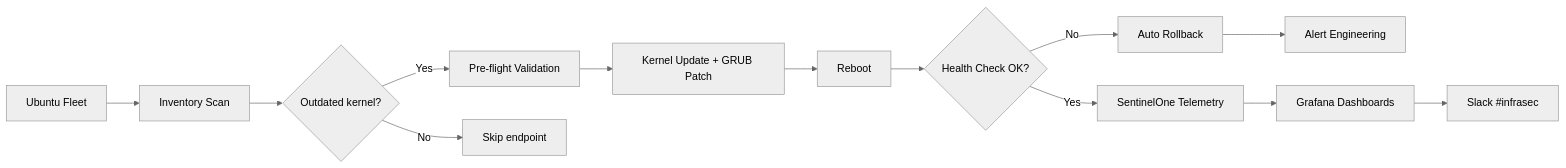
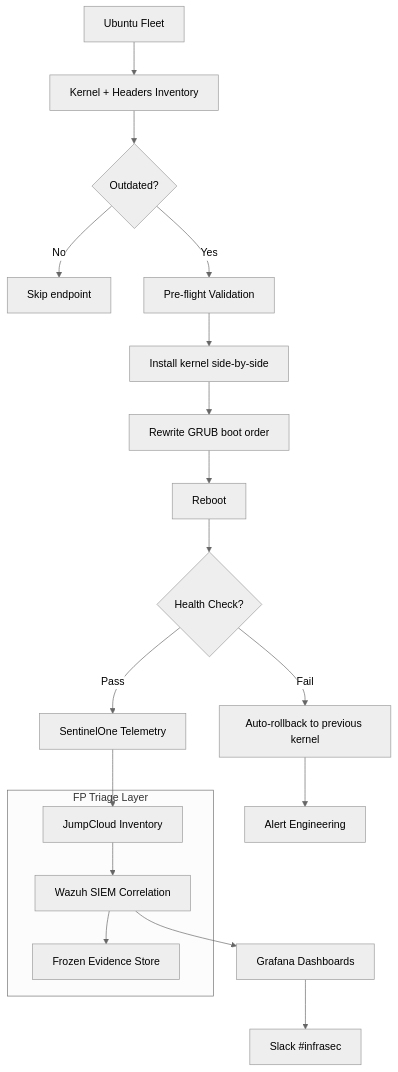
One commit to CHDevSec/portfolio changed the diagram in src/content/projects/en/linux-vuln-reduction.mdx. Above: the diagram before and after it, drawn with Mermaid (neutral theme). The commit also changed other lines of this file and 1 other file, not shown here.

First line of the commit message:
feat(linux-vuln-reduction): senior-grade rewrite + repo link

````diff
--- a/src/content/projects/en/linux-vuln-reduction.mdx
+++ b/src/content/projects/en/linux-vuln-reduction.mdx
@@ -40,15 +41,26 @@
 ```mermaid
-flowchart LR
-    A[Ubuntu Fleet] --> B[Inventory Scan]
-    B --> C{Outdated kernel?}
+flowchart TB
+    A[Ubuntu Fleet] --> B[Kernel + Headers Inventory]
+    B --> C{Outdated?}
+    C -->|No| Z[Skip endpoint]
     C -->|Yes| D[Pre-flight Validation]
-    C -->|No| Z[Skip endpoint]
-    D --> E[Kernel Update + GRUB Patch]
-    E --> F[Reboot]
-    F --> G{Health Check OK?}
-    G -->|Yes| H[SentinelOne Telemetry]
-    G -->|No| I[Auto Rollback]
-    I --> J[Alert Engineering]
-    H --> K[Grafana Dashboards]
-    K --> L[Slack #infrasec]
+    D --> E[Install kernel side-by-side]
+    E --> F[Rewrite GRUB boot order]
+    F --> G[Reboot]
+    G --> H{Health Check?}
+    H -->|Fail| I[Auto-rollback to previous kernel]
+    H -->|Pass| J[SentinelOne Telemetry]
+
+    subgraph Triage [FP Triage Layer]
+    K[JumpCloud Inventory]
+    L[Wazuh SIEM Correlation]
+    M[Frozen Evidence Store]
+    end
+
+    J --> K
+    K --> L
+    L --> M
+    L --> N[Grafana Dashboards]
+    N --> O[Slack #infrasec]
+    I --> P[Alert Engineering]
 ```
````
